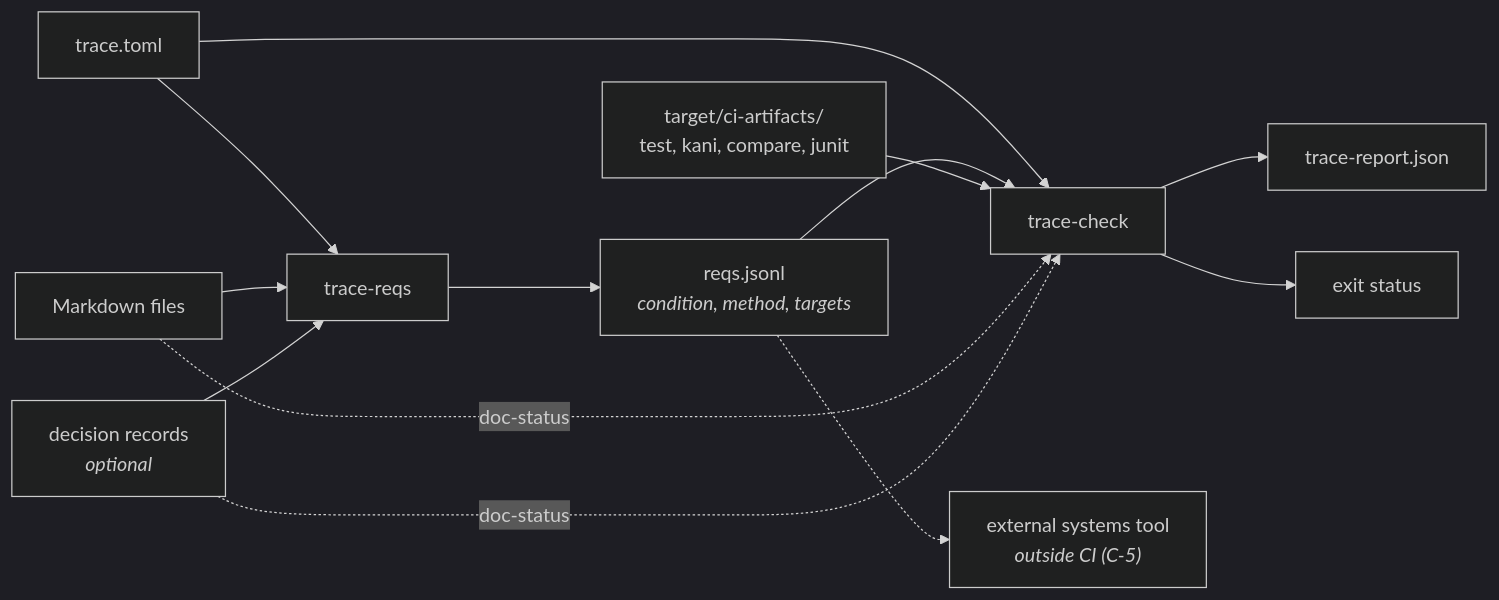
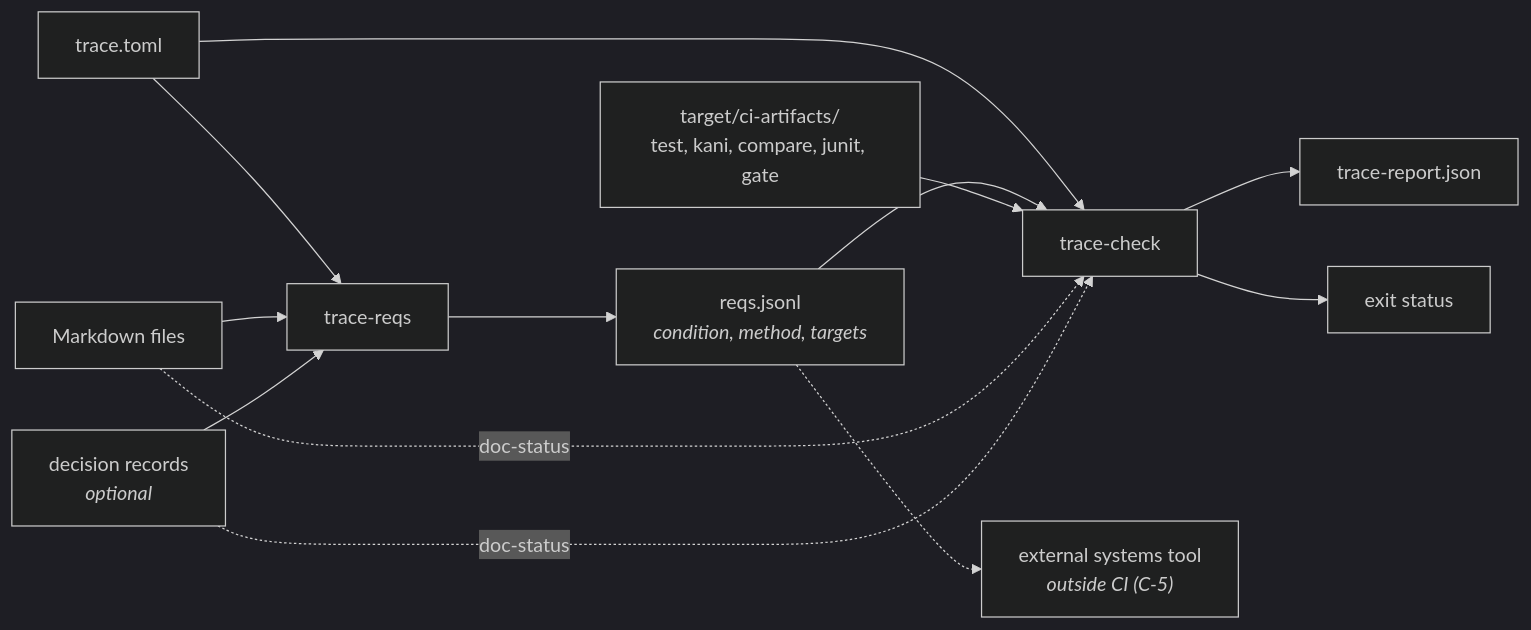
Before and after one commit to Dyse-Industries/control-rs: the first of 2 diagrams in documentation/vv/requirement-traceability-design.md, drawn with Mermaid (dark theme). The commit also changed other lines of this file and 12 other files, not shown here.

````diff
--- a/documentation/vv/requirement-traceability-design.md
+++ b/documentation/vv/requirement-traceability-design.md
@@ -264,15 +275,15 @@
 ```mermaid
 flowchart LR
     Cfg["trace.toml"] --> TR
     Cfg --> TC
     Docs["Markdown files"] --> TR["trace-reqs"]
     Dec["decision records<br/><i>optional</i>"] --> TR
     TR --> RJ["reqs.jsonl<br/><i>condition, method, targets</i>"]
     RJ --> TC["trace-check"]
-    Logs["target/ci-artifacts/<br/>test, kani, compare, junit"] --> TC
+    Logs["target/ci-artifacts/<br/>test, kani, compare, junit, gate"] --> TC
     Docs -.->|" doc-status "| TC
     Dec -.->|" doc-status "| TC
     TC --> Rep["trace-report.json"]
     TC --> Exit["exit status"]
     RJ -.-> Ext["external systems tool<br/><i>outside CI (C-5)</i>"]
 ```
````
